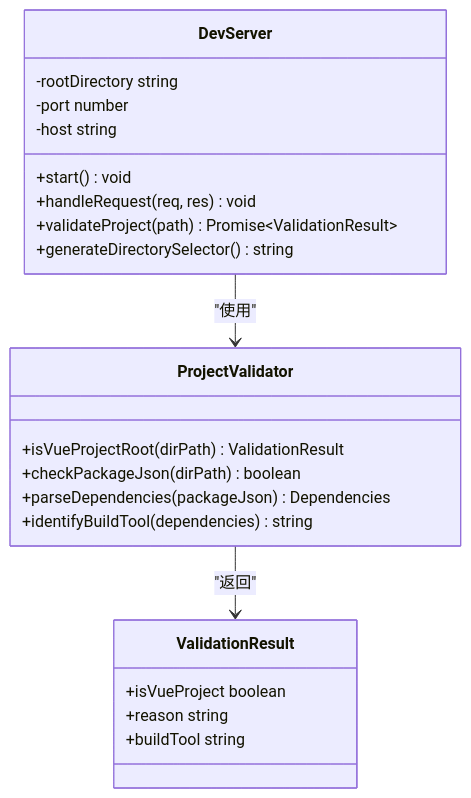
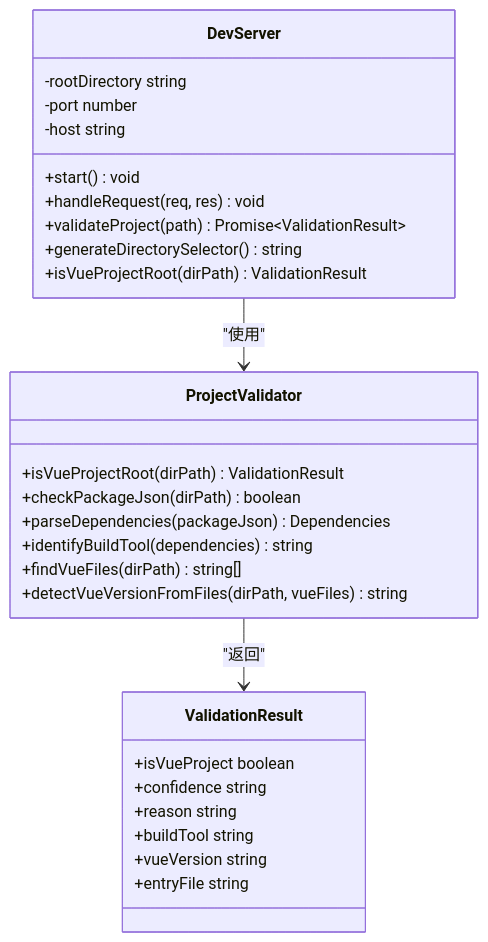
Before and after one commit to itszzl-sudo/iris: the fourth of 12 diagrams in .qoder/repowiki/zh/content/核心功能特性/Vue项目检测功能指南.md, drawn with Mermaid. The commit also changed other lines of this file and 5 other files, not shown here.

````diff
--- a/.qoder/repowiki/zh/content/核心功能特性/Vue项目检测功能指南.md
+++ b/.qoder/repowiki/zh/content/核心功能特性/Vue项目检测功能指南.md
@@ -163,25 +198,31 @@
 ```mermaid
 classDiagram
 class DevServer {
 +start() void
 +handleRequest(req, res) void
 +validateProject(path) Promise~ValidationResult~
 +generateDirectorySelector() string
++isVueProjectRoot(dirPath) ValidationResult
 -rootDirectory string
 -port number
 -host string
 }
 class ProjectValidator {
 +isVueProjectRoot(dirPath) ValidationResult
 +checkPackageJson(dirPath) boolean
 +parseDependencies(packageJson) Dependencies
 +identifyBuildTool(dependencies) string
++findVueFiles(dirPath) string[]
++detectVueVersionFromFiles(dirPath, vueFiles) string
 }
 class ValidationResult {
 +isVueProject boolean
++confidence string
 +reason string
 +buildTool string
++vueVersion string
++entryFile string
 }
 DevServer --> ProjectValidator : "使用"
 ProjectValidator --> ValidationResult : "返回"
 ```
````
